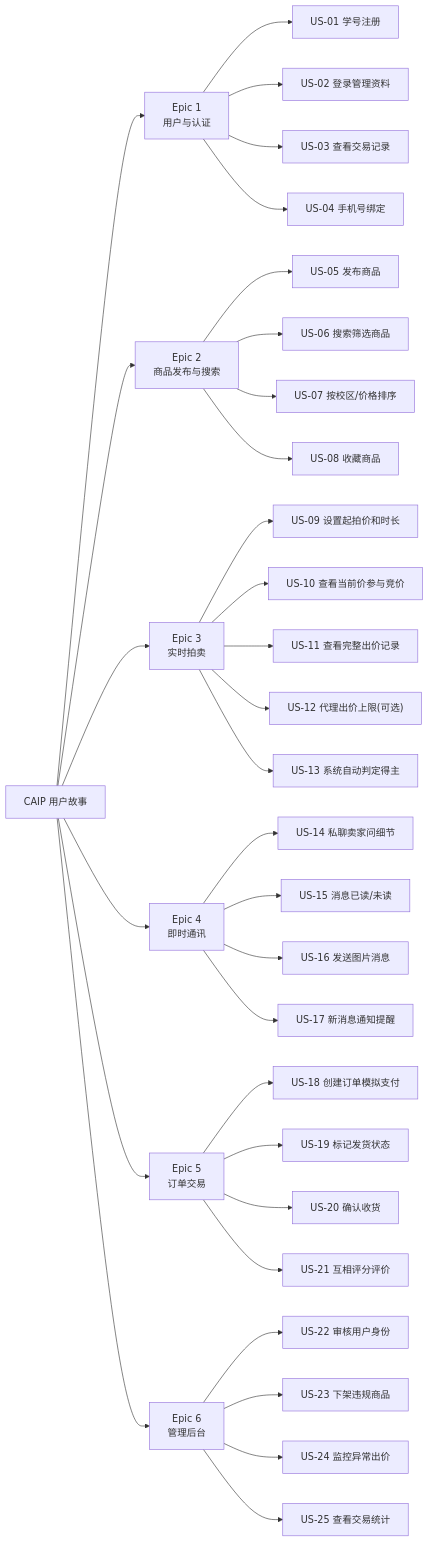
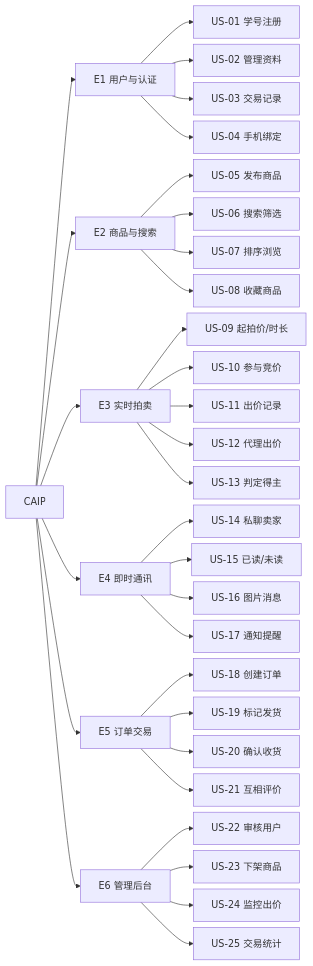
The second of 9 diagrams in docs/01-开发计划书-修订版.md (LiuZiyan3126/campus-auction-im), drawn with Mermaid before and after one commit. The commit also changed other lines of this file and 2 other files, not shown here.

First line of the commit message:
docs: 开发计划书添加封面，缩小前部图表，优化README

````diff
--- a/docs/01-开发计划书-修订版.md
+++ b/docs/01-开发计划书-修订版.md
@@ -226,42 +265,43 @@
 ```mermaid
+%%{init: {'flowchart': {'nodeSpacing': 10, 'rankSpacing': 20}}}%%
 graph LR
-    CAIP["CAIP 用户故事"]
+    CAIP["CAIP"]
 
-    CAIP --> E1["Epic 1<br/>用户与认证"]
-    CAIP --> E2["Epic 2<br/>商品发布与搜索"]
-    CAIP --> E3["Epic 3<br/>实时拍卖"]
-    CAIP --> E4["Epic 4<br/>即时通讯"]
-    CAIP --> E5["Epic 5<br/>订单交易"]
-    CAIP --> E6["Epic 6<br/>管理后台"]
+    CAIP --> E1["E1 用户与认证"]
+    CAIP --> E2["E2 商品与搜索"]
+    CAIP --> E3["E3 实时拍卖"]
+    CAIP --> E4["E4 即时通讯"]
+    CAIP --> E5["E5 订单交易"]
+    CAIP --> E6["E6 管理后台"]
 
     E1 --> E1a["US-01 学号注册"]
-    E1 --> E1b["US-02 登录管理资料"]
-    E1 --> E1c["US-03 查看交易记录"]
-    E1 --> E1d["US-04 手机号绑定"]
+    E1 --> E1b["US-02 管理资料"]
+    E1 --> E1c["US-03 交易记录"]
+    E1 --> E1d["US-04 手机绑定"]
 
     E2 --> E2a["US-05 发布商品"]
-    E2 --> E2b["US-06 搜索筛选商品"]
-    E2 --> E2c["US-07 按校区/价格排序"]
+    E2 --> E2b["US-06 搜索筛选"]
+    E2 --> E2c["US-07 排序浏览"]
     E2 --> E2d["US-08 收藏商品"]
 
-    E3 --> E3a["US-09 设置起拍价和时长"]
-    E3 --> E3b["US-10 查看当前价参与竞价"]
-    E3 --> E3c["US-11 查看完整出价记录"]
-    E3 --> E3d["US-12 代理出价上限(可选)"]
-    E3 --> E3e["US-13 系统自动判定得主"]
+    E3 --> E3a["US-09 起拍价/时长"]
+    E3 --> E3b["US-10 参与竞价"]
+    E3 --> E3c["US-11 出价记录"]
+    E3 --> E3d["US-12 代理出价"]
+    E3 --> E3e["US-13 判定得主"]
 
-    E4 --> E4a["US-14 私聊卖家问细节"]
-    E4 --> E4b["US-15 消息已读/未读"]
-    E4 --> E4c["US-16 发送图片消息"]
-    E4 --> E4d["US-17 新消息通知提醒"]
+    E4 --> E4a["US-14 私聊卖家"]
+    E4 --> E4b["US-15 已读/未读"]
+    E4 --> E4c["US-16 图片消息"]
+    E4 --> E4d["US-17 通知提醒"]
 
-    E5 --> E5a["US-18 创建订单模拟支付"]
-    E5 --> E5b["US-19 标记发货状态"]
+    E5 --> E5a["US-18 创建订单"]
+    E5 --> E5b["US-19 标记发货"]
     E5 --> E5c["US-20 确认收货"]
-    E5 --> E5d["US-21 互相评分评价"]
+    E5 --> E5d["US-21 互相评价"]
 
-    E6 --> E6a["US-22 审核用户身份"]
-    E6 --> E6b["US-23 下架违规商品"]
-    E6 --> E6c["US-24 监控异常出价"]
-    E6 --> E6d["US-25 查看交易统计"]
+    E6 --> E6a["US-22 审核用户"]
+    E6 --> E6b["US-23 下架商品"]
+    E6 --> E6c["US-24 监控出价"]
+    E6 --> E6d["US-25 交易统计"]
 ```
````
